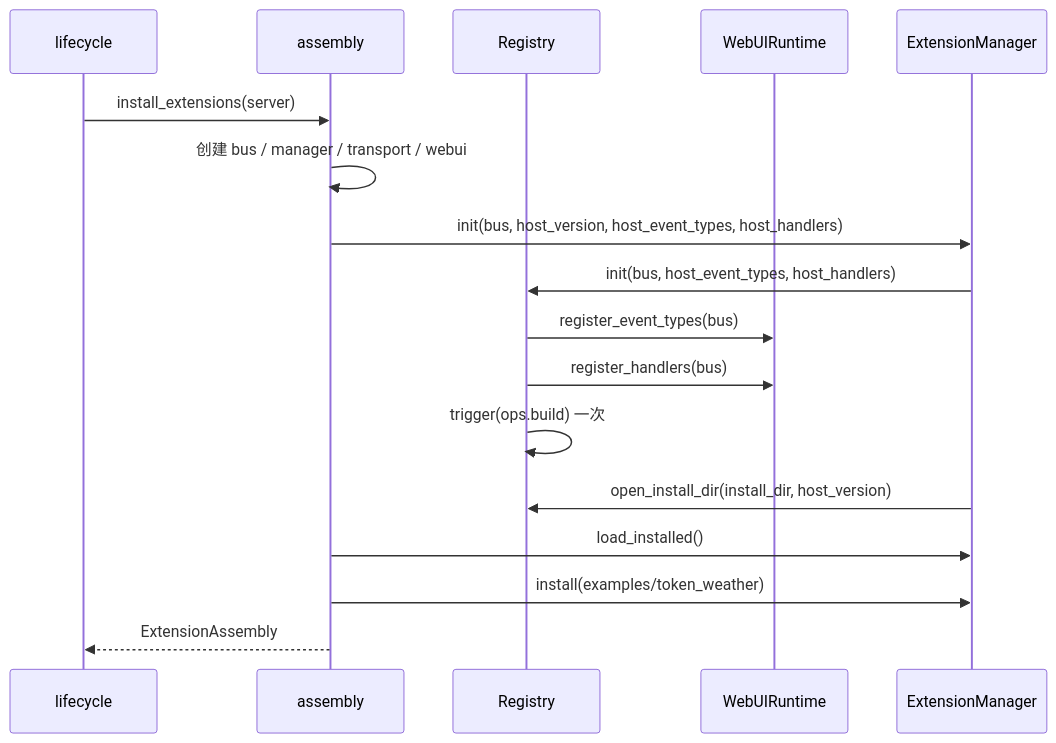
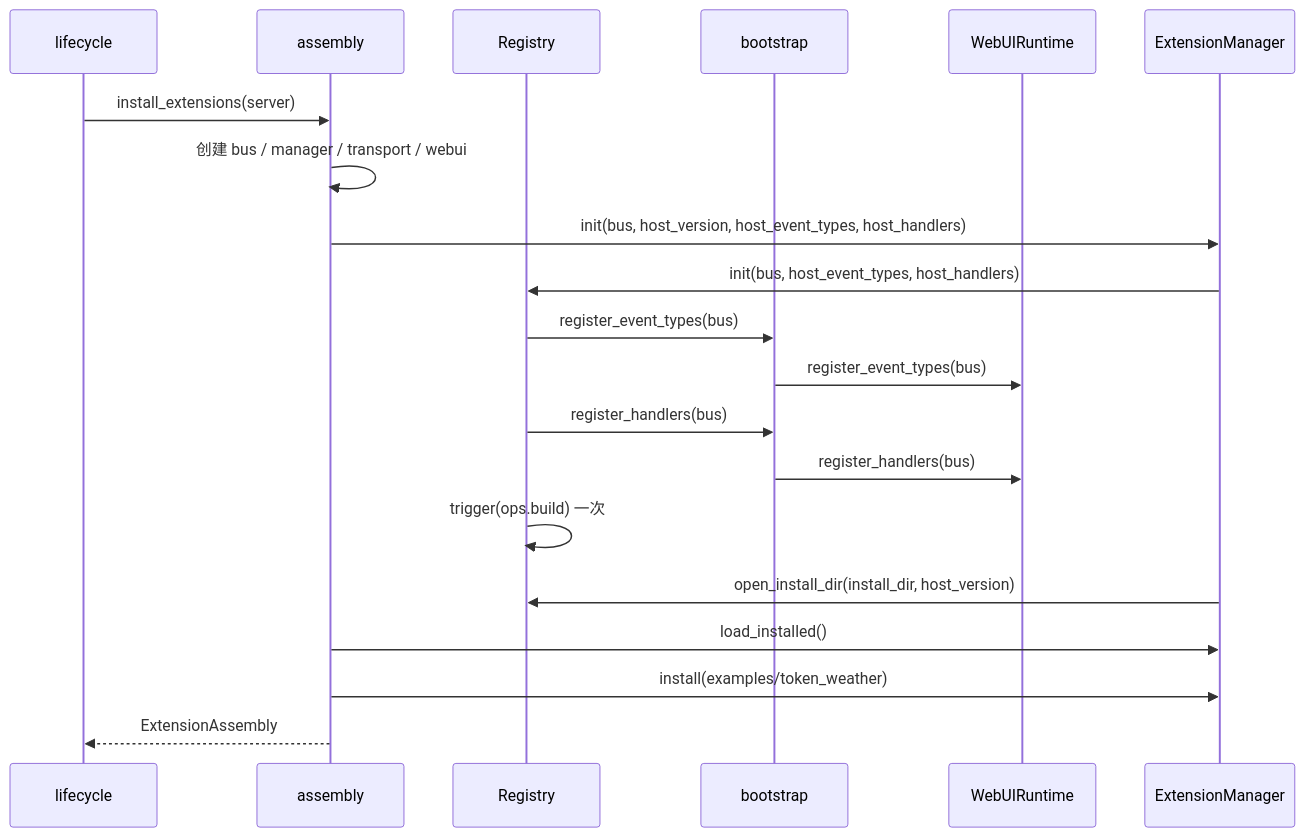
One commit to openJiuwen-ai/jiuwenswarm changed the diagram in jiuwenswarm/extensions_v2/docs/features/F_01_assembly-and-source.md. Above: the diagram before and after it, drawn with Mermaid. The commit also changed other lines of this file and 23 other files, not shown here.

````diff
--- a/jiuwenswarm/extensions_v2/docs/features/F_01_assembly-and-source.md
+++ b/jiuwenswarm/extensions_v2/docs/features/F_01_assembly-and-source.md
@@ -41,19 +41,22 @@
 ```mermaid
 sequenceDiagram
     participant L as lifecycle
     participant A as assembly
     participant R as Registry
+    participant BS as bootstrap
     participant W as WebUIRuntime
     participant M as ExtensionManager
     L->>A: install_extensions(server)
     A->>A: 创建 bus / manager / transport / webui
     A->>M: init(bus, host_version, host_event_types, host_handlers)
     M->>R: init(bus, host_event_types, host_handlers)
-    R->>W: register_event_types(bus)
-    R->>W: register_handlers(bus)
+    R->>BS: register_event_types(bus)
+    BS->>W: register_event_types(bus)
+    R->>BS: register_handlers(bus)
+    BS->>W: register_handlers(bus)
     R->>R: trigger(ops.build) 一次
     M->>R: open_install_dir(install_dir, host_version)
     A->>M: load_installed()
     A->>M: install(examples/token_weather)
     A-->>L: ExtensionAssembly
 ```
````
